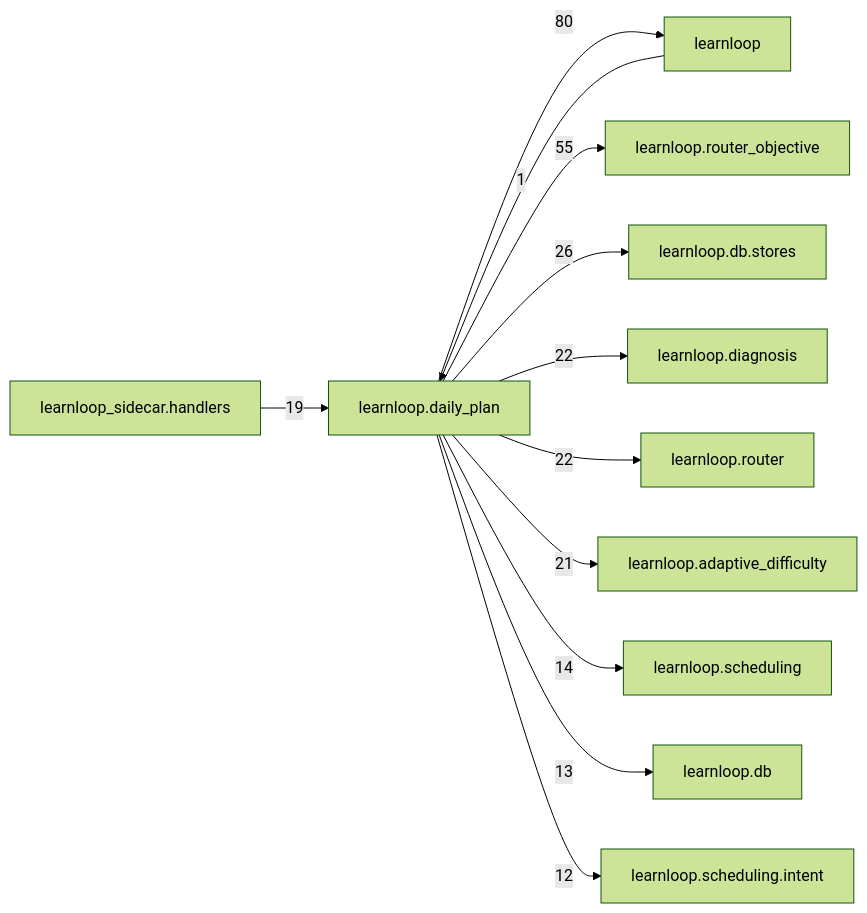
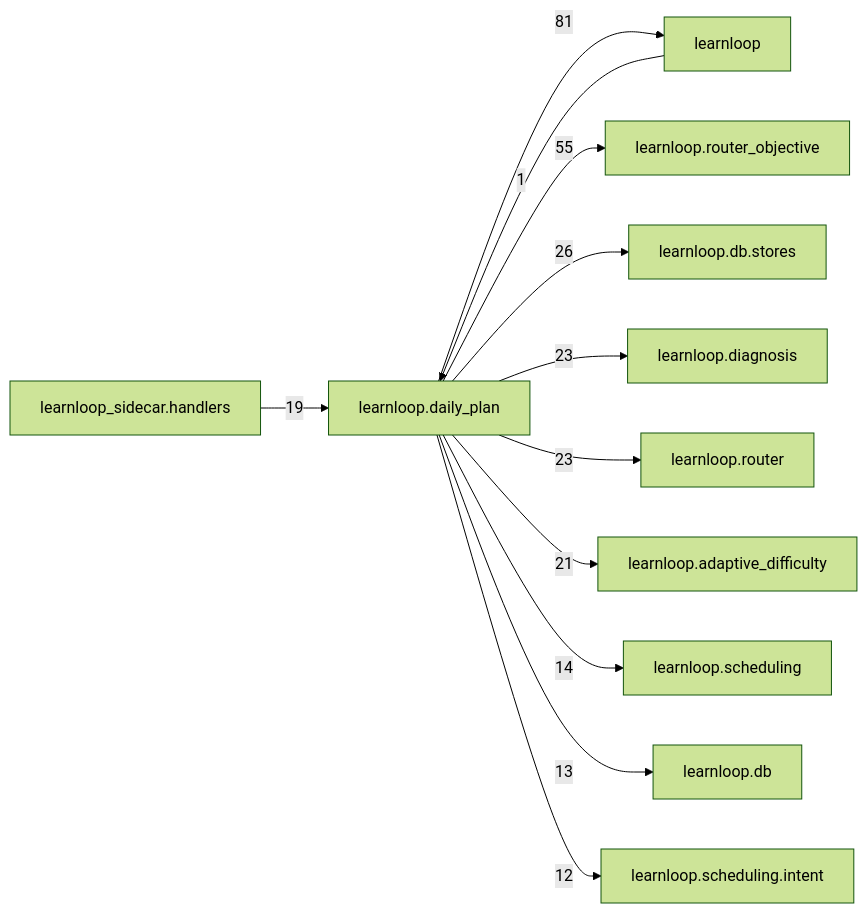
The diagram in docs/learnloop-architecture-vault/Reference/Modules/learnloop/daily_plan/_package.md (6up-b/learnanything), drawn with Mermaid (forest theme) before and after one commit. The commit also changed other lines of this file and 158 other files, not shown here.

````diff
--- a/docs/learnloop-architecture-vault/Reference/Modules/learnloop/daily_plan/_package.md
+++ b/docs/learnloop-architecture-vault/Reference/Modules/learnloop/daily_plan/_package.md
@@ -178,25 +178,25 @@
 ```mermaid
 flowchart LR
     center["learnloop.daily_plan"]
     n_learnloop["learnloop"]
     n_learnloop_router_objective["learnloop.router_objective"]
     n_learnloop_db_stores["learnloop.db.stores"]
     n_learnloop_diagnosis["learnloop.diagnosis"]
     n_learnloop_router["learnloop.router"]
     n_learnloop_adaptive_difficulty["learnloop.adaptive_difficulty"]
     n_learnloop_sidecar_handlers["learnloop_sidecar.handlers"]
     n_learnloop_scheduling["learnloop.scheduling"]
     n_learnloop_db["learnloop.db"]
     n_learnloop_scheduling_intent["learnloop.scheduling.intent"]
     n_learnloop -->|1| center
-    center -->|80| n_learnloop
+    center -->|81| n_learnloop
     center -->|55| n_learnloop_router_objective
     center -->|26| n_learnloop_db_stores
-    center -->|22| n_learnloop_diagnosis
-    center -->|22| n_learnloop_router
+    center -->|23| n_learnloop_diagnosis
+    center -->|23| n_learnloop_router
     center -->|21| n_learnloop_adaptive_difficulty
     n_learnloop_sidecar_handlers -->|19| center
     center -->|14| n_learnloop_scheduling
     center -->|13| n_learnloop_db
     center -->|12| n_learnloop_scheduling_intent
 ```
````
